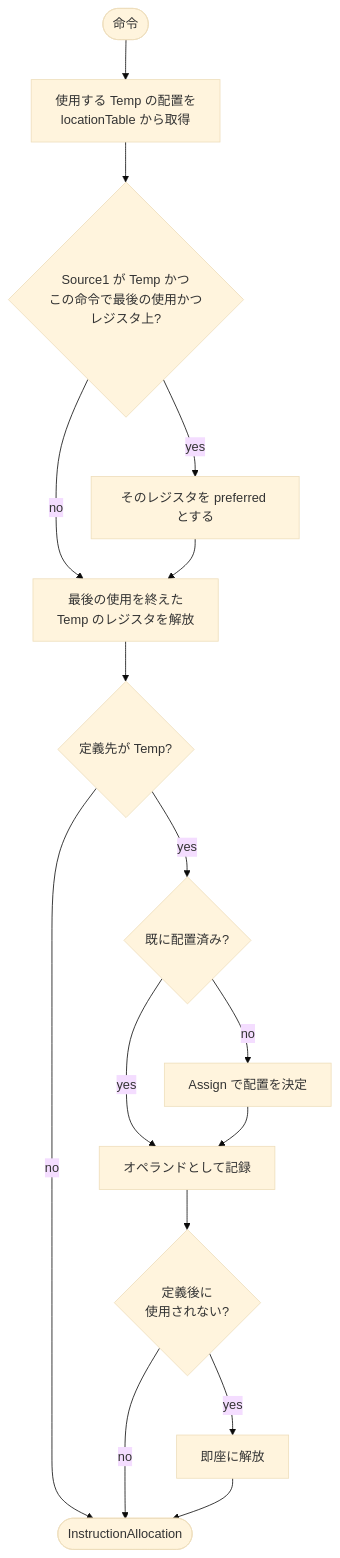
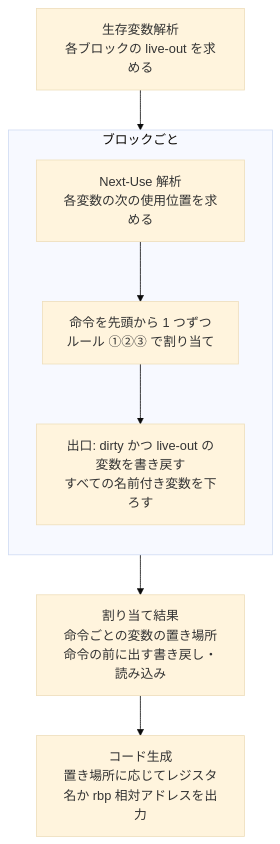
The third of 3 diagrams in docs/register-allocation.md (doguto/chibikko-cc), drawn with Mermaid (base theme) before and after one commit. The commit also changed other lines of this file, not shown here.

````diff
--- a/docs/register-allocation.md
+++ b/docs/register-allocation.md
@@ -100,18 +168,14 @@
 ```mermaid
 flowchart TB
-    S([命令]) --> U[使用する Temp の配置を<br/>locationTable から取得]
-    U --> P{Source1 が Temp かつ<br/>この命令で最後の使用かつ<br/>レジスタ上?}
-    P -- yes --> PR[そのレジスタを preferred とする]
-    P -- no --> F
-    PR --> F[最後の使用を終えた<br/>Temp のレジスタを解放]
-    F --> D{定義先が Temp?}
-    D -- no --> R([InstructionAllocation])
-    D -- yes --> A{既に配置済み?}
-    A -- yes --> K
-    A -- no --> AS[Assign で配置を決定]
-    AS --> K[オペランドとして記録]
-    K --> DD{定義後に<br/>使用されない?}
-    DD -- yes --> FR[即座に解放]
-    DD -- no --> R
-    FR --> R
+    L[生存変数解析<br/>各ブロックの live-out を求める] --> B
+
+    subgraph B[ブロックごと]
+        direction TB
+        N[Next-Use 解析<br/>各変数の次の使用位置を求める] --> I
+        I[命令を先頭から 1 つずつ<br/>ルール ①②③ で割り当て] --> T
+        T[出口: dirty かつ live-out の変数を書き戻す<br/>すべての名前付き変数を下ろす]
+    end
+
+    B --> R[割り当て結果<br/>命令ごとの変数の置き場所<br/>命令の前に出す書き戻し・読み込み]
+    R --> C[コード生成<br/>置き場所に応じてレジスタ名か rbp 相対アドレスを出力]
 ```
````
